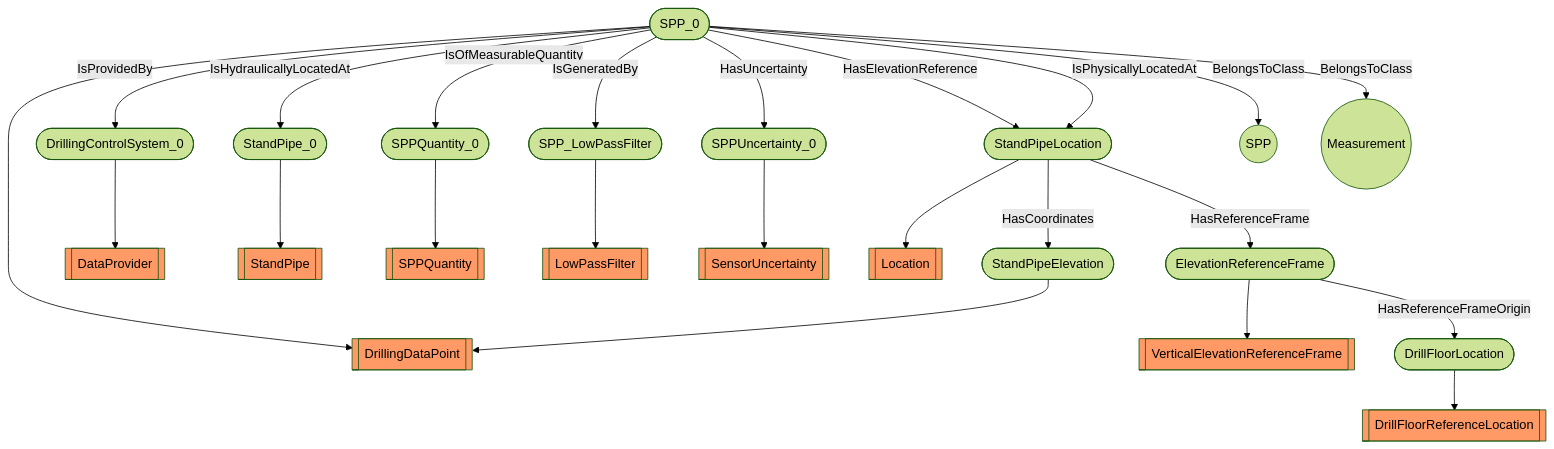
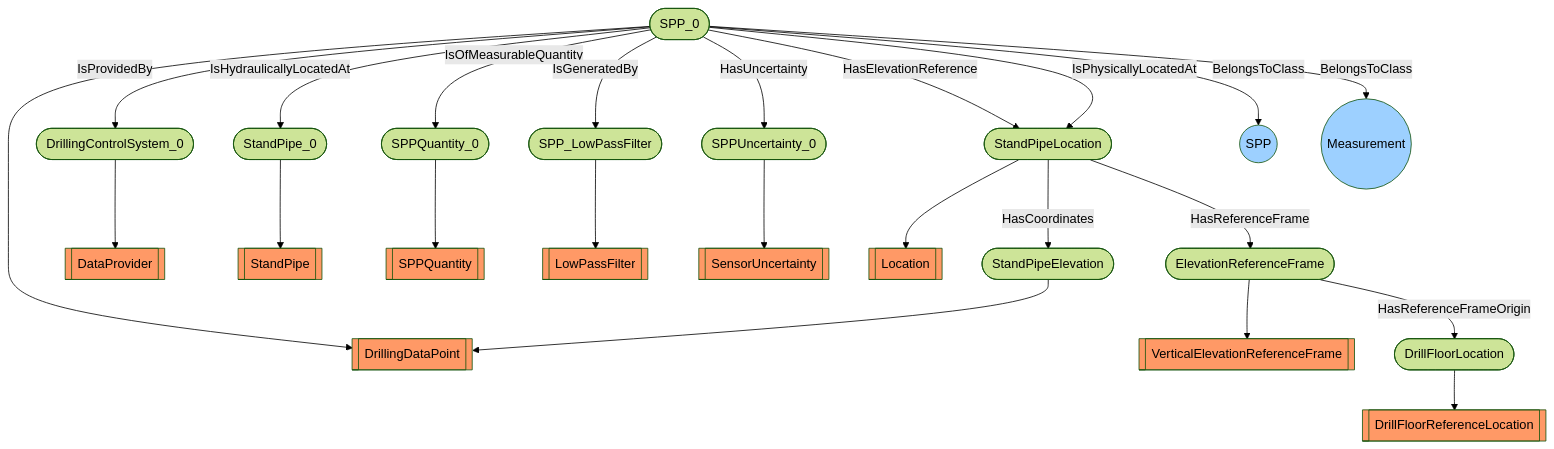
Before and after one commit to D-WIS/DDHub-Semantic-Interoperability: the diagram in docs/vocabulary_development/auto-generated/md/examples/DWIS-SPP0.md, drawn with Mermaid (forest theme). The commit also changed 26 other files, not shown here.

````diff
--- a/docs/vocabulary_development/auto-generated/md/examples/DWIS-SPP0.md
+++ b/docs/vocabulary_development/auto-generated/md/examples/DWIS-SPP0.md
@@ -24,26 +24,27 @@
 ```mermaid
 flowchart TD
 	 classDef typeClass fill:#f96;
+	 classDef classClass fill:#9dd0ff;
 	SPP_0([SPP_0]) --> DrillingDataPoint[[DrillingDataPoint]]:::typeClass
 	StandPipe_0([StandPipe_0]) --> StandPipe[[StandPipe]]:::typeClass
 	SPPQuantity_0([SPPQuantity_0]) --> SPPQuantity[[SPPQuantity]]:::typeClass
 	SPPUncertainty_0([SPPUncertainty_0]) --> SensorUncertainty[[SensorUncertainty]]:::typeClass
 	SPP_LowPassFilter([SPP_LowPassFilter]) --> LowPassFilter[[LowPassFilter]]:::typeClass
 	DrillingControlSystem_0([DrillingControlSystem_0]) --> DataProvider[[DataProvider]]:::typeClass
 	StandPipeLocation([StandPipeLocation]) --> Location[[Location]]:::typeClass
 	DrillFloorLocation([DrillFloorLocation]) --> DrillFloorReferenceLocation[[DrillFloorReferenceLocation]]:::typeClass
 	StandPipeElevation([StandPipeElevation]) --> DrillingDataPoint[[DrillingDataPoint]]:::typeClass
 	ElevationReferenceFrame([ElevationReferenceFrame]) --> VerticalElevationReferenceFrame[[VerticalElevationReferenceFrame]]:::typeClass
 	 SPP_0 -- IsProvidedBy --> DrillingControlSystem_0 
 	 SPP_0 -- IsHydraulicallyLocatedAt --> StandPipe_0 
 	 SPP_0 -- IsOfMeasurableQuantity --> SPPQuantity_0 
 	 SPP_0 -- IsGeneratedBy --> SPP_LowPassFilter 
 	 SPP_0 -- HasUncertainty --> SPPUncertainty_0 
 	 SPP_0 -- HasElevationReference --> StandPipeLocation 
 	 SPP_0 -- IsPhysicallyLocatedAt --> StandPipeLocation 
 	 StandPipeLocation -- HasCoordinates --> StandPipeElevation 
 	 StandPipeLocation -- HasReferenceFrame --> ElevationReferenceFrame 
 	 ElevationReferenceFrame -- HasReferenceFrameOrigin --> DrillFloorLocation 
-	 SPP_0 -- BelongsToClass --> SPP((SPP)) 
-	 SPP_0 -- BelongsToClass --> Measurement((Measurement)) 
+	 SPP_0 -- BelongsToClass --> SPP((SPP)):::classClass
+	 SPP_0 -- BelongsToClass --> Measurement((Measurement)):::classClass
 ```
````
